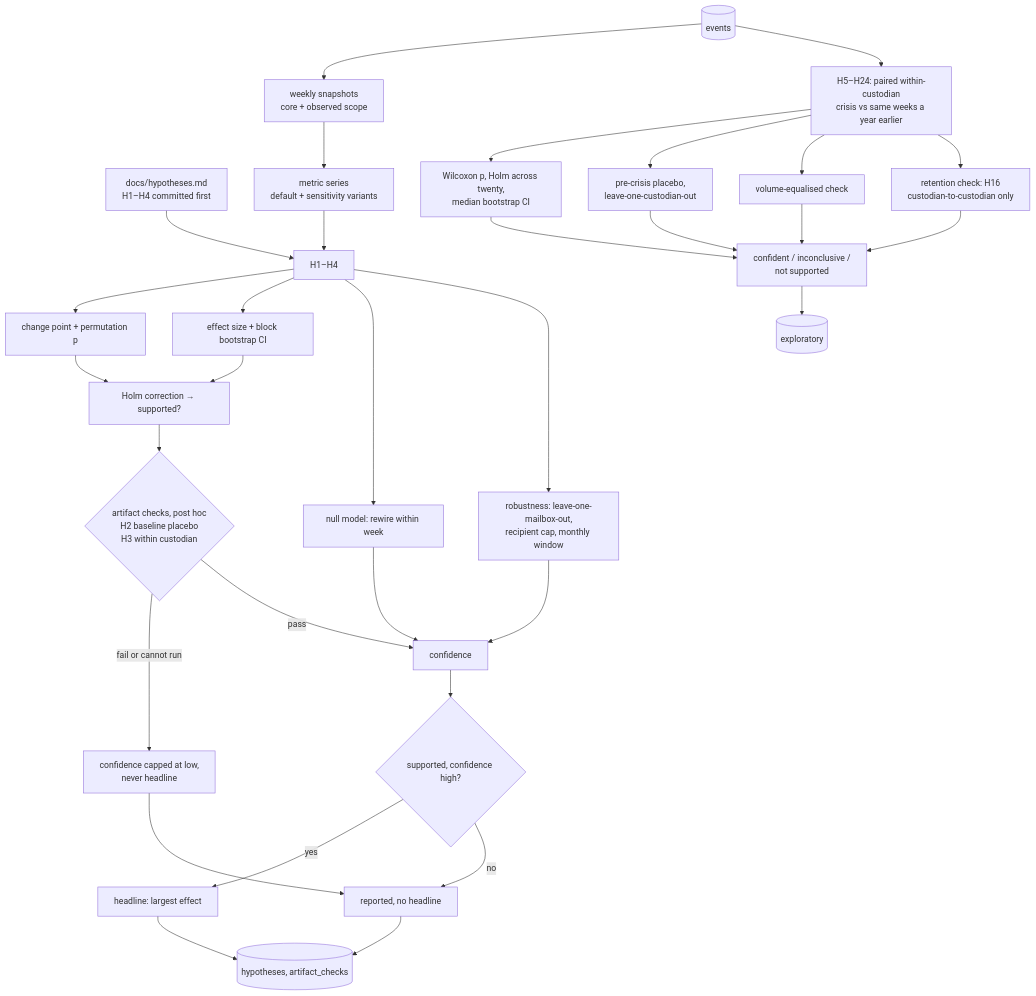
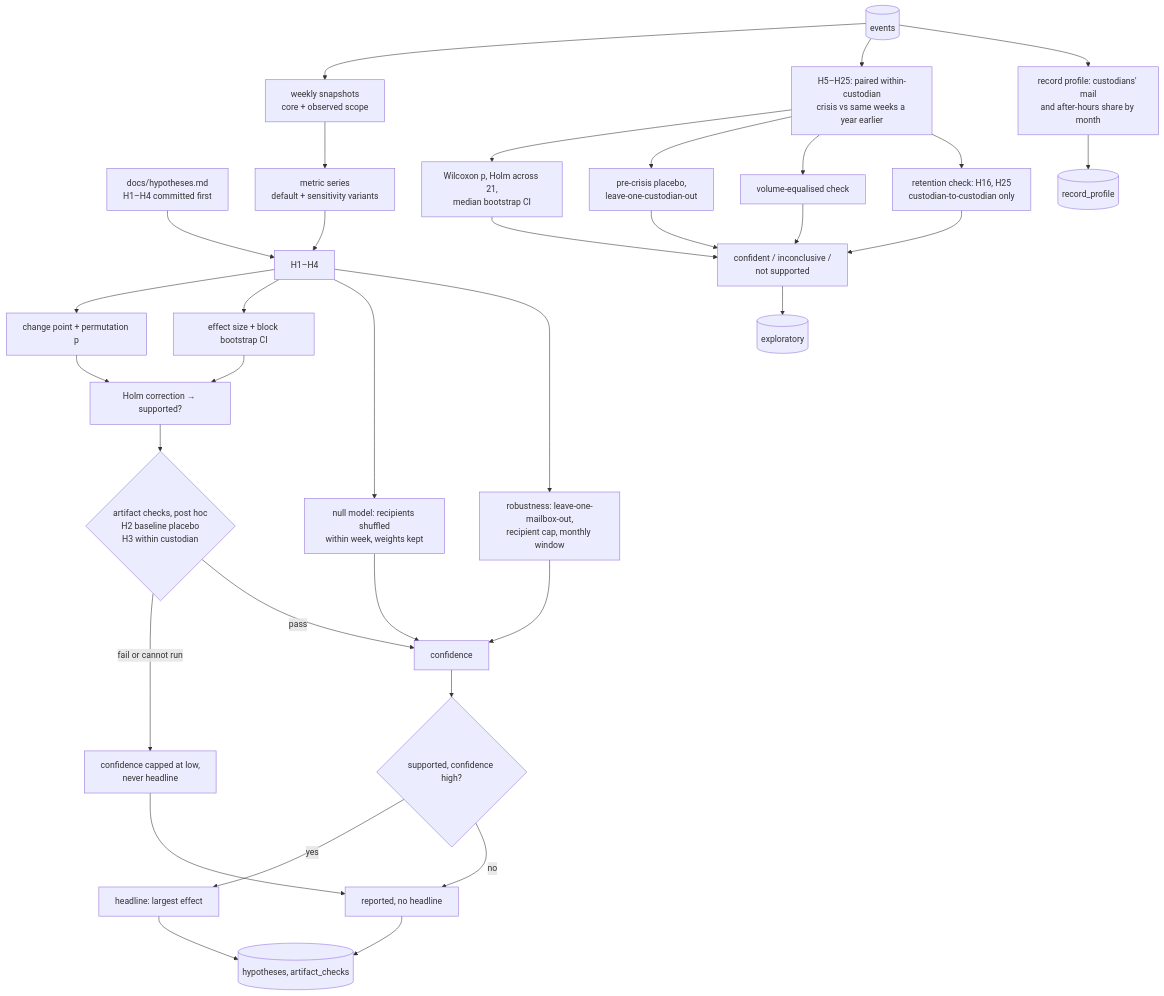
One commit to marcusvieira88/network-science changed the fourth of 6 diagrams in docs/architecture.md. Above: the diagram before and after it, drawn with Mermaid. The commit also changed other lines of this file and 17 other files, not shown here.

````diff
--- a/docs/architecture.md
+++ b/docs/architecture.md
@@ -154,28 +157,30 @@
 ```mermaid
 flowchart TB
     H0[docs/hypotheses.md<br/>H1–H4 committed first] --> RUN
     E[(events)] --> W[weekly snapshots<br/>core + observed scope]
     W --> MS[metric series<br/>default + sensitivity variants]
     MS --> RUN[H1–H4]
     RUN --> CP[change point + permutation p]
     RUN --> ES[effect size + block bootstrap CI]
-    RUN --> NM[null model: rewire within week]
+    RUN --> NM[null model: recipients shuffled<br/>within week, weights kept]
     RUN --> RB[robustness: leave-one-mailbox-out,<br/>recipient cap, monthly window]
     CP & ES --> HC[Holm correction → supported?]
     NM & RB --> CF[confidence]
     HC --> AC{artifact checks, post hoc<br/>H2 baseline placebo<br/>H3 within custodian}
     AC -- fail or cannot run --> LOW[confidence capped at low,<br/>never headline]
     AC -- pass --> CF
     CF --> HL{supported, confidence high?}
     HL -- yes --> F[headline: largest effect]
     HL -- no --> NS[reported, no headline]
     LOW --> NS
-    E --> X[H5–H24: paired within-custodian<br/>crisis vs same weeks a year earlier]
-    X --> XP[Wilcoxon p, Holm across twenty,<br/>median bootstrap CI]
+    E --> X[H5–H25: paired within-custodian<br/>crisis vs same weeks a year earlier]
+    X --> XP[Wilcoxon p, Holm across 21,<br/>median bootstrap CI]
     X --> XPL[pre-crisis placebo,<br/>leave-one-custodian-out]
     X --> XV[volume-equalised check]
-    X --> XR[retention check: H16<br/>custodian-to-custodian only]
+    X --> XR[retention check: H16, H25<br/>custodian-to-custodian only]
     XP & XPL & XV & XR --> XO[confident / inconclusive /<br/>not supported]
     F & NS --> T[(hypotheses, artifact_checks)]
     XO --> T2[(exploratory)]
+    E --> PR[record profile: custodians' mail<br/>and after-hours share by month]
+    PR --> T3[(record_profile)]
 ```
````
